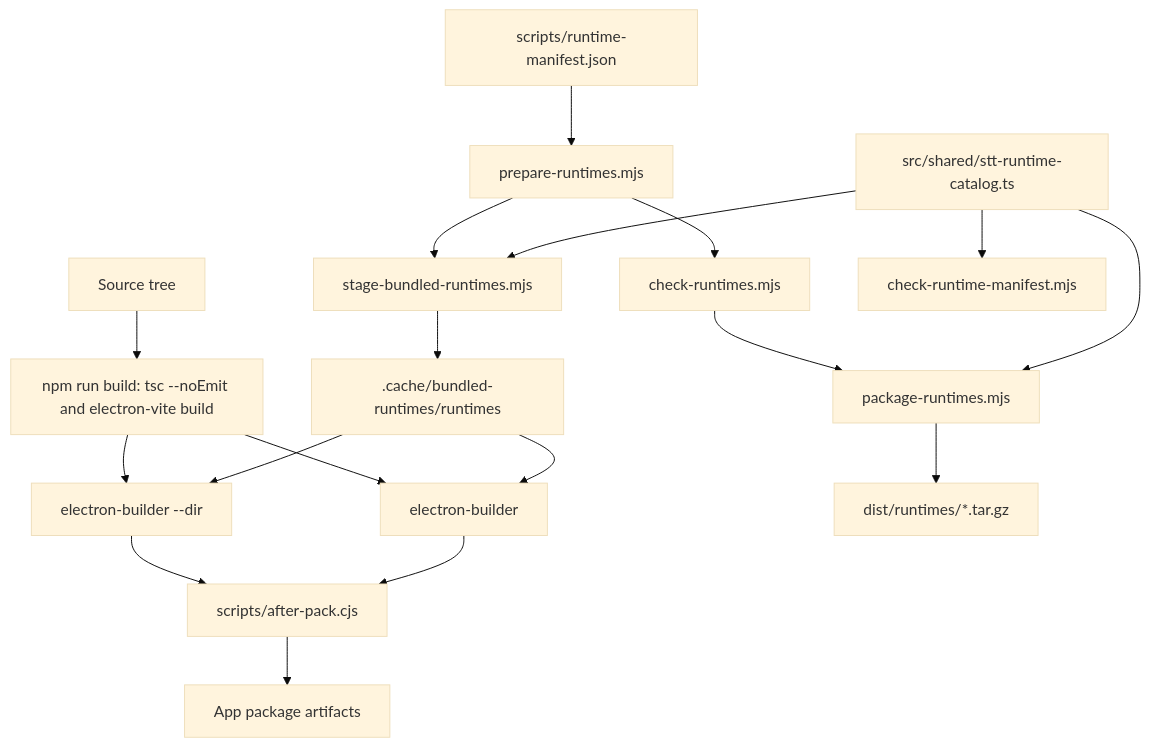
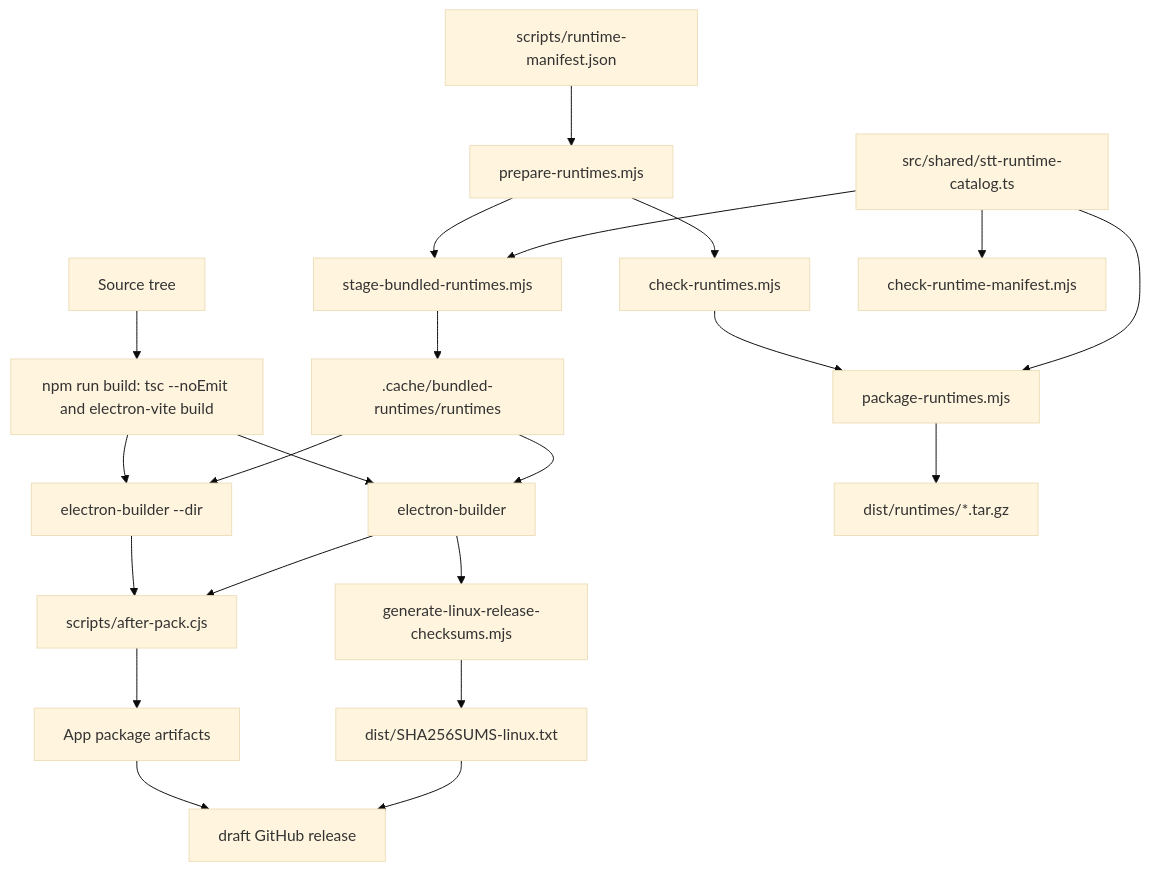
The diagram in docs/development/release-and-packaging.md (strxnd/murmur), drawn with Mermaid (base theme) before and after one commit. The commit also changed other lines of this file and 10 other files, not shown here.

````diff
--- a/docs/development/release-and-packaging.md
+++ b/docs/development/release-and-packaging.md
@@ -5,28 +5,34 @@
 ```mermaid
 flowchart TD
   Source["Source tree"]
   Build["npm run build: tsc --noEmit and electron-vite build"]
   Pack["electron-builder --dir"]
   Dist["electron-builder"]
   AfterPack["scripts/after-pack.cjs"]
   AppArtifacts["App package artifacts"]
+  Checksums["generate-linux-release-checksums.mjs"]
+  Sha256Sums["dist/SHA256SUMS-linux.txt"]
+  DraftRelease["draft GitHub release"]
 
   RuntimeManifest["scripts/runtime-manifest.json"]
   Prepare["prepare-runtimes.mjs"]
   Stage["stage-bundled-runtimes.mjs"]
   Doctor["check-runtimes.mjs"]
   PackageRuntime["package-runtimes.mjs"]
   ManifestCheck["check-runtime-manifest.mjs"]
   RuntimeCatalog["src/shared/stt-runtime-catalog.ts"]
   RuntimeArchives["dist/runtimes/*.tar.gz"]
   BundledRuntimes[".cache/bundled-runtimes/runtimes"]
 
   Source --> Build --> Pack --> AfterPack --> AppArtifacts
   Build --> Dist --> AfterPack
+  Dist --> Checksums --> Sha256Sums
+  AppArtifacts --> DraftRelease
+  Sha256Sums --> DraftRelease
   Prepare --> Stage --> BundledRuntimes --> Pack
   BundledRuntimes --> Dist
   RuntimeManifest --> Prepare --> Doctor --> PackageRuntime --> RuntimeArchives
   RuntimeCatalog --> PackageRuntime
   RuntimeCatalog --> ManifestCheck
   RuntimeCatalog --> Stage
 ```
````
